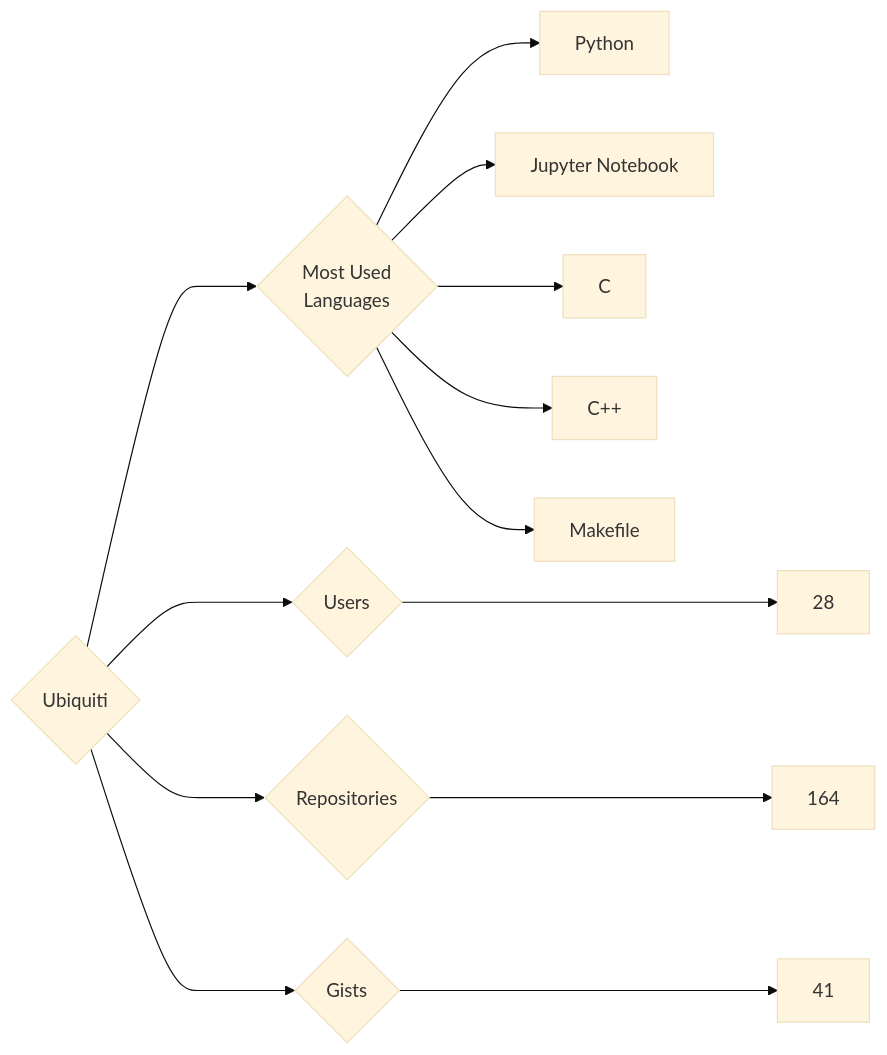
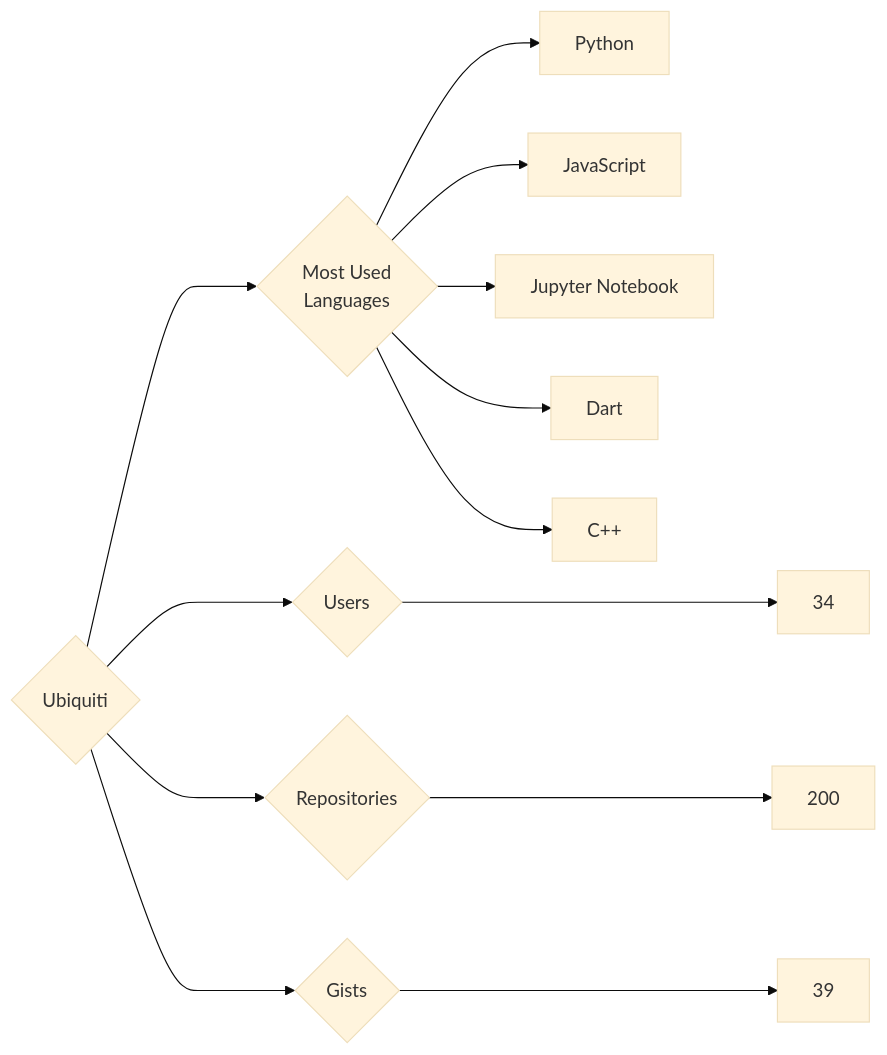
The diagram in targets/Ubiquiti/README.md (trickest/insiders), drawn with Mermaid (base theme) before and after one commit. The commit also changed 878 other files, not shown here.

````diff
--- a/targets/Ubiquiti/README.md
+++ b/targets/Ubiquiti/README.md
@@ -3,13 +3,13 @@
 ```mermaid
 graph LR
 COMPANY_NAME{Ubiquiti}
-COMPANY_NAME ---> U{Users} ---> UN[28]
-COMPANY_NAME ---> R{Repositories} ---> RN[164]
-COMPANY_NAME ---> G{Gists} ---> GN[41]
+COMPANY_NAME ---> U{Users} ---> UN[34]
+COMPANY_NAME ---> R{Repositories} ---> RN[200]
+COMPANY_NAME ---> G{Gists} ---> GN[39]
 COMPANY_NAME ---> ML{Most Used<br>Languages}
 ML --> Python[Python]
+ML --> JavaScript[JavaScript]
 ML --> Jupyter_Notebook[Jupyter Notebook]
-ML --> C[C]
+ML --> Dart[Dart]
 ML --> C++[C++]
-ML --> Makefile[Makefile]
 ```
````
